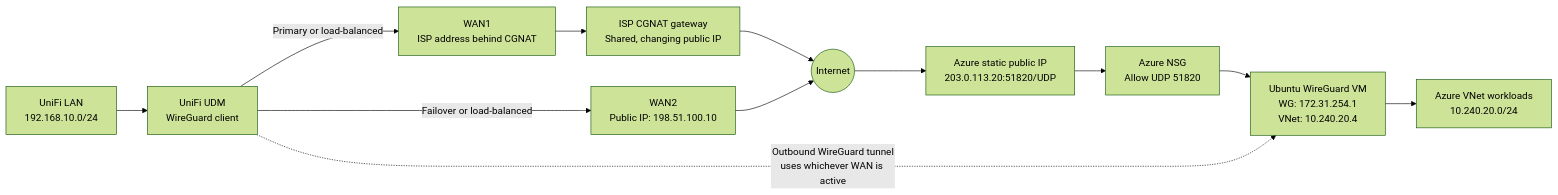
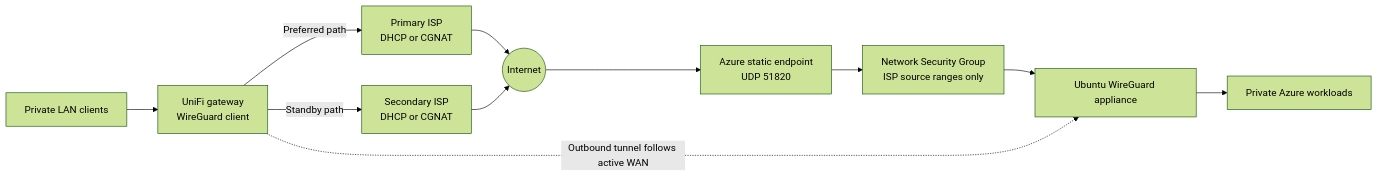
Before and after one commit to vinfnet/unifi-azure-vpn-vmbased: the first of 2 diagrams in README.md, drawn with Mermaid (forest theme). The commit also changed other lines of this file and 1 other file, not shown here.

Commit message:
Harden ingress and document WAN failover

````diff
--- a/README.md
+++ b/README.md
@@ -22,18 +22,14 @@
 ```mermaid
 flowchart LR
-   LAN["UniFi LAN<br/>192.168.10.0/24"] --> UDM["UniFi UDM<br/>WireGuard client"]
+   CLIENTS["Private LAN clients"] --> UNIFI["UniFi gateway<br/>WireGuard client"]
+   UNIFI -->|"Preferred path"| PRIMARY["Primary ISP<br/>DHCP or CGNAT"]
+   UNIFI -->|"Standby path"| SECONDARY["Secondary ISP<br/>DHCP or CGNAT"]
+   PRIMARY --> INTERNET((Internet))
+   SECONDARY --> INTERNET
+   INTERNET --> PUBLIC["Azure static endpoint<br/>UDP 51820"]
+   PUBLIC --> NSG["Network Security Group<br/>ISP source ranges only"]
+   NSG --> WG["Ubuntu WireGuard appliance"]
+   WG --> VNET["Private Azure workloads"]
 
-   UDM -->|"Primary or load-balanced"| WAN1["WAN1<br/>ISP address behind CGNAT"]
-   WAN1 --> CGNAT["ISP CGNAT gateway<br/>Shared, changing public IP"]
-   CGNAT --> INTERNET((Internet))
-
-   UDM -->|"Failover or load-balanced"| WAN2["WAN2<br/>Public IP: 198.51.100.10"]
-   WAN2 --> INTERNET
-
-   INTERNET --> PIP["Azure static public IP<br/>203.0.113.20:51820/UDP"]
-   PIP --> NSG["Azure NSG<br/>Allow UDP 51820"]
-   NSG --> VM["Ubuntu WireGuard VM<br/>WG: 172.31.254.1<br/>VNet: 10.240.20.4"]
-   VM --> VNET["Azure VNet workloads<br/>10.240.20.0/24"]
-
-   UDM -. "Outbound WireGuard tunnel<br/>uses whichever WAN is active" .-> VM
+   UNIFI -. "Outbound tunnel follows active WAN" .-> WG
 ```
````
